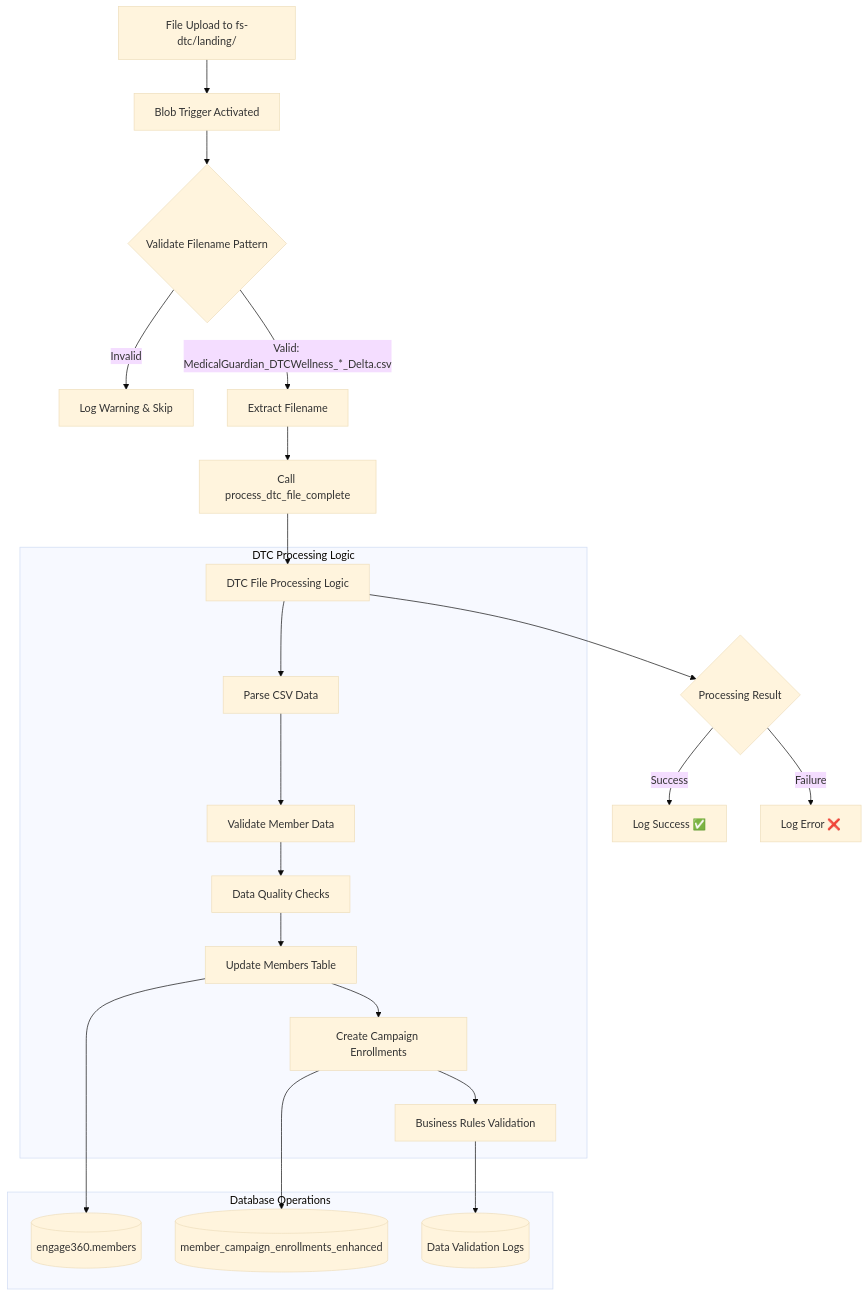
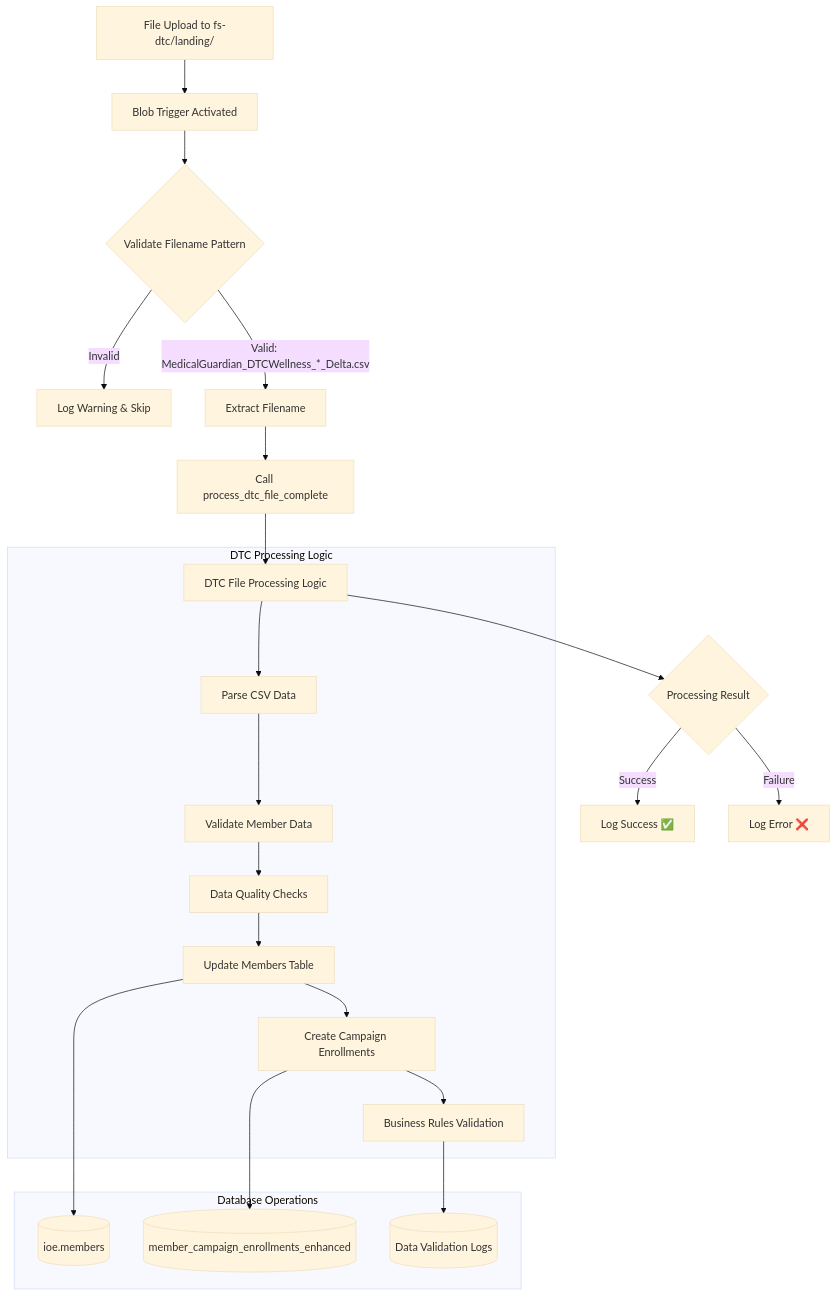
The second of 18 diagrams in IOE_AZURE_FUNCTIONS_COMPREHENSIVE_DOCUMENTATION.md (Medical-Guardian/IOE-SERVICES-DEV), drawn with Mermaid (base theme) before and after one commit. The commit also changed other lines of this file and 396 other files, not shown here.

````diff
--- a/IOE_AZURE_FUNCTIONS_COMPREHENSIVE_DOCUMENTATION.md
+++ b/IOE_AZURE_FUNCTIONS_COMPREHENSIVE_DOCUMENTATION.md
@@ -356,27 +356,27 @@
 ```mermaid
 flowchart TD
     A[File Upload to fs-dtc/landing/] --> B[Blob Trigger Activated]
     B --> C{Validate Filename Pattern}
     C -->|Invalid| D[Log Warning & Skip]
     C -->|Valid: MedicalGuardian_DTCWellness_*_Delta.csv| E[Extract Filename]
     E --> F[Call process_dtc_file_complete]
     F --> G[DTC File Processing Logic]
     G --> H{Processing Result}
     H -->|Success| I[Log Success ✅]
     H -->|Failure| J[Log Error ❌]
     
     subgraph "DTC Processing Logic"
         G --> G1[Parse CSV Data]
         G1 --> G2[Validate Member Data]
         G2 --> G3[Data Quality Checks]
         G3 --> G4[Update Members Table]
         G4 --> G5[Create Campaign Enrollments]
         G5 --> G6[Business Rules Validation]
     end
     
     subgraph "Database Operations"
-        G4 --> DB1[(engage360.members)]
+        G4 --> DB1[(ioe.members)]
         G5 --> DB2[(member_campaign_enrollments_enhanced)]
         G6 --> DB3[(Data Validation Logs)]
     end
 ```
````
